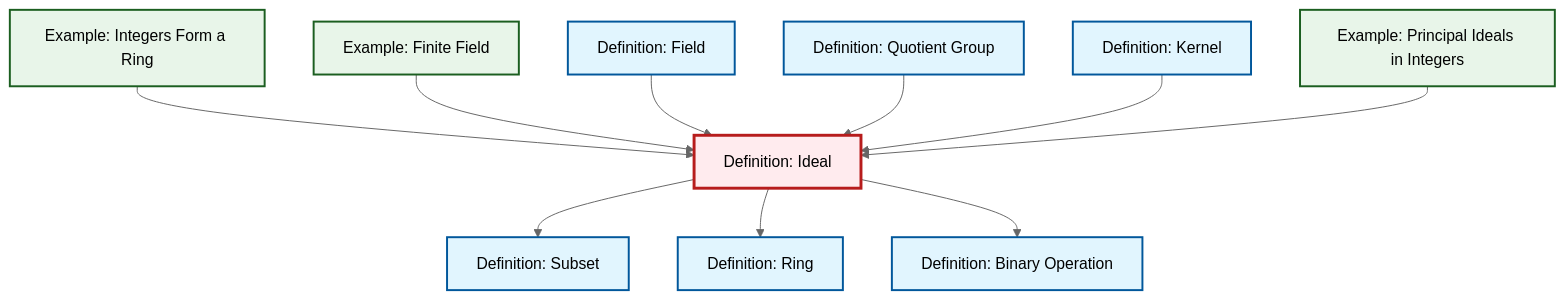
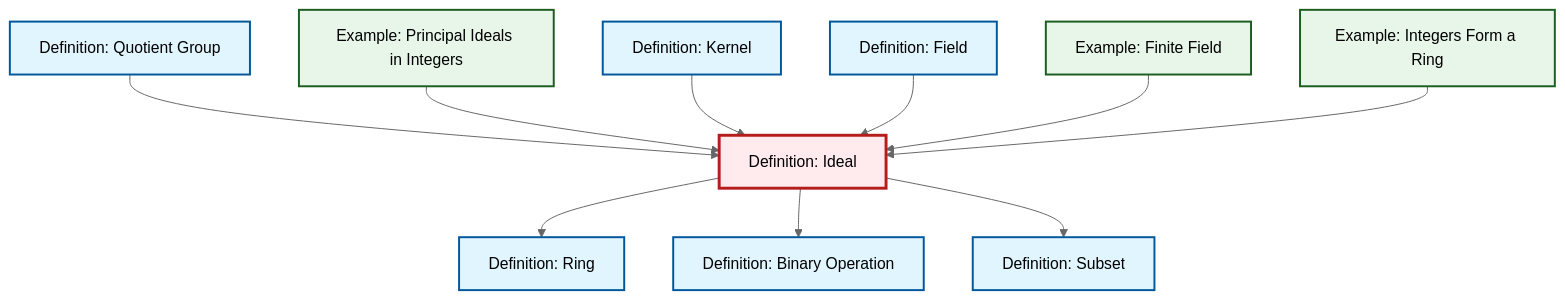
Before and after one commit to RK0429/ModernMath: the diagram in content/en/algebra/def-ideal.qmd, drawn with Mermaid (neutral theme). The commit also changed other lines of this file and 497 other files, not shown here.

````diff
--- a/content/en/algebra/def-ideal.qmd
+++ b/content/en/algebra/def-ideal.qmd
@@ -79,38 +79,38 @@
 ```{mermaid}
 %%| fig-cap: "Local dependency graph"
 graph TD
     classDef definition fill:#e1f5fe,stroke:#01579b,stroke-width:2px
     classDef theorem fill:#f3e5f5,stroke:#4a148c,stroke-width:2px
     classDef axiom fill:#fff3e0,stroke:#e65100,stroke-width:2px
     classDef example fill:#e8f5e9,stroke:#1b5e20,stroke-width:2px
     classDef current fill:#ffebee,stroke:#b71c1c,stroke-width:3px
+    def-subset["Definition: Subset"]:::definition
+    def-kernel["Definition: Kernel"]:::definition
+    def-ideal["Definition: Ideal"]:::definition
+    def-field["Definition: Field"]:::definition
+    ex-principal-ideal["Example: Principal Ideals in Integers"]:::example
     def-quotient-group["Definition: Quotient Group"]:::definition
-    def-ideal["Definition: Ideal"]:::definition
-    def-kernel["Definition: Kernel"]:::definition
+    def-binary-operation["Definition: Binary Operation"]:::definition
+    def-ring["Definition: Ring"]:::definition
     ex-finite-field["Example: Finite Field"]:::example
-    def-field["Definition: Field"]:::definition
-    def-subset["Definition: Subset"]:::definition
-    def-ring["Definition: Ring"]:::definition
-    def-binary-operation["Definition: Binary Operation"]:::definition
-    ex-principal-ideal["Example: Principal Ideals in Integers"]:::example
     ex-integers-ring["Example: Integers Form a Ring"]:::example
+    def-quotient-group --> def-ideal
+    def-ideal --> def-ring
+    ex-principal-ideal --> def-ideal
+    def-ideal --> def-binary-operation
+    def-ideal --> def-subset
+    def-kernel --> def-ideal
+    def-field --> def-ideal
+    ex-finite-field --> def-ideal
     ex-integers-ring --> def-ideal
-    ex-finite-field --> def-ideal
-    def-ideal --> def-subset
-    def-ideal --> def-ring
-    def-field --> def-ideal
-    def-quotient-group --> def-ideal
-    def-kernel --> def-ideal
-    def-ideal --> def-binary-operation
-    ex-principal-ideal --> def-ideal
     class def-ideal current
+    click def-subset "def-subset.html" "Go to Subset definition"
+    click def-kernel "def-kernel.html" "Go to Kernel definition"
+    click def-field "def-field.html" "Go to Field definition"
+    click ex-principal-ideal "ex-principal-ideal.html" "Go to Principal Ideals in Integers example"
     click def-quotient-group "def-quotient-group.html" "Go to Quotient Group definition"
-    click def-kernel "def-kernel.html" "Go to Kernel definition"
+    click def-binary-operation "def-binary-operation.html" "Go to Binary Operation definition"
+    click def-ring "def-ring.html" "Go to Ring definition"
     click ex-finite-field "ex-finite-field.html" "Go to Finite Field example"
-    click def-field "def-field.html" "Go to Field definition"
-    click def-subset "def-subset.html" "Go to Subset definition"
-    click def-ring "def-ring.html" "Go to Ring definition"
-    click def-binary-operation "def-binary-operation.html" "Go to Binary Operation definition"
-    click ex-principal-ideal "ex-principal-ideal.html" "Go to Principal Ideals in Integers example"
     click ex-integers-ring "ex-integers-ring.html" "Go to Integers Form a Ring example"
 ```
````
